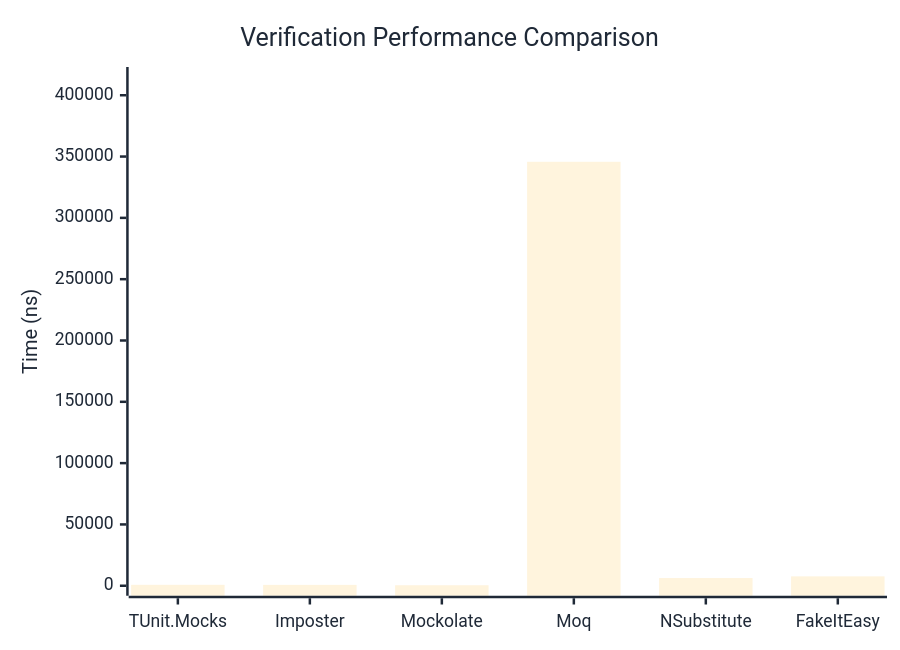
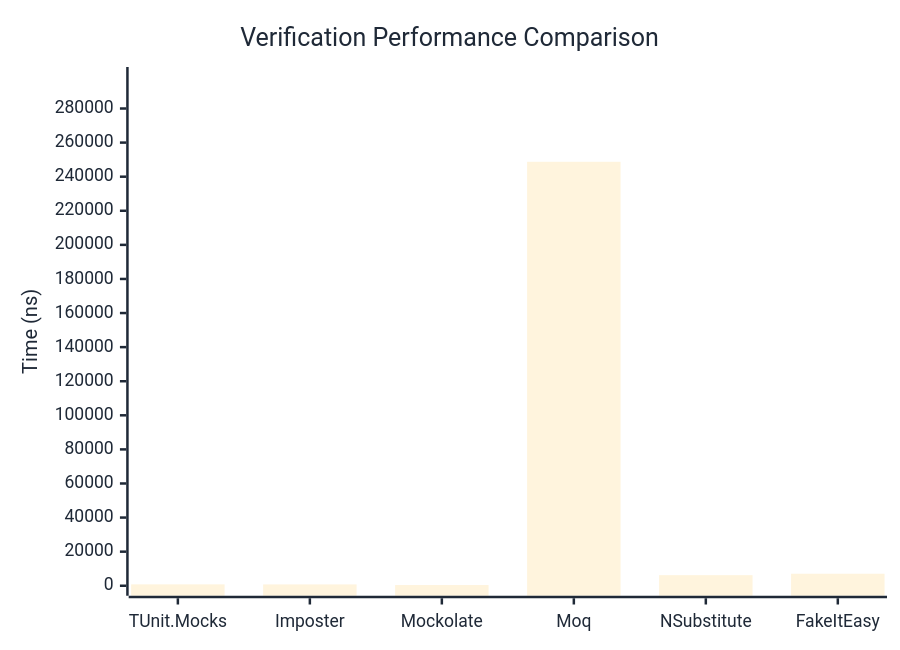
One commit to thomhurst/TUnit changed the first of 3 diagrams in docs/docs/benchmarks/mocks/Verification.md. Above: the diagram before and after it, drawn with Mermaid. The commit also changed other lines of this file and 14 other files, not shown here.

````diff
--- a/docs/docs/benchmarks/mocks/Verification.md
+++ b/docs/docs/benchmarks/mocks/Verification.md
@@ -30,27 +30,27 @@
 ```mermaid
 %%{init: {
   'theme':'base',
   'themeVariables': {
     'primaryColor': '#2563eb',
     'primaryTextColor': '#1f2937',
     'primaryBorderColor': '#1e40af',
     'lineColor': '#6b7280',
     'secondaryColor': '#7c3aed',
     'tertiaryColor': '#dc2626',
     'background': '#ffffff',
     'pie1': '#2563eb',
     'pie2': '#7c3aed',
     'pie3': '#dc2626',
     'pie4': '#f59e0b',
     'pie5': '#10b981',
     'pie6': '#06b6d4',
     'pie7': '#ec4899',
     'pie8': '#6366f1'
   }
 }}%%
 xychart-beta
   title "Verification Performance Comparison"
   x-axis ["TUnit.Mocks", "Imposter", "Mockolate", "Moq", "NSubstitute", "FakeItEasy"]
-  y-axis "Time (ns)" 0 --> 414872
-  bar [751.2, 702.81, 411.36, 345726.33, 6276.12, 7661.4]
+  y-axis "Time (ns)" 0 --> 298488
+  bar [810.43, 782.2, 416.61, 248739.96, 6206.62, 7054.87]
 ```
````
